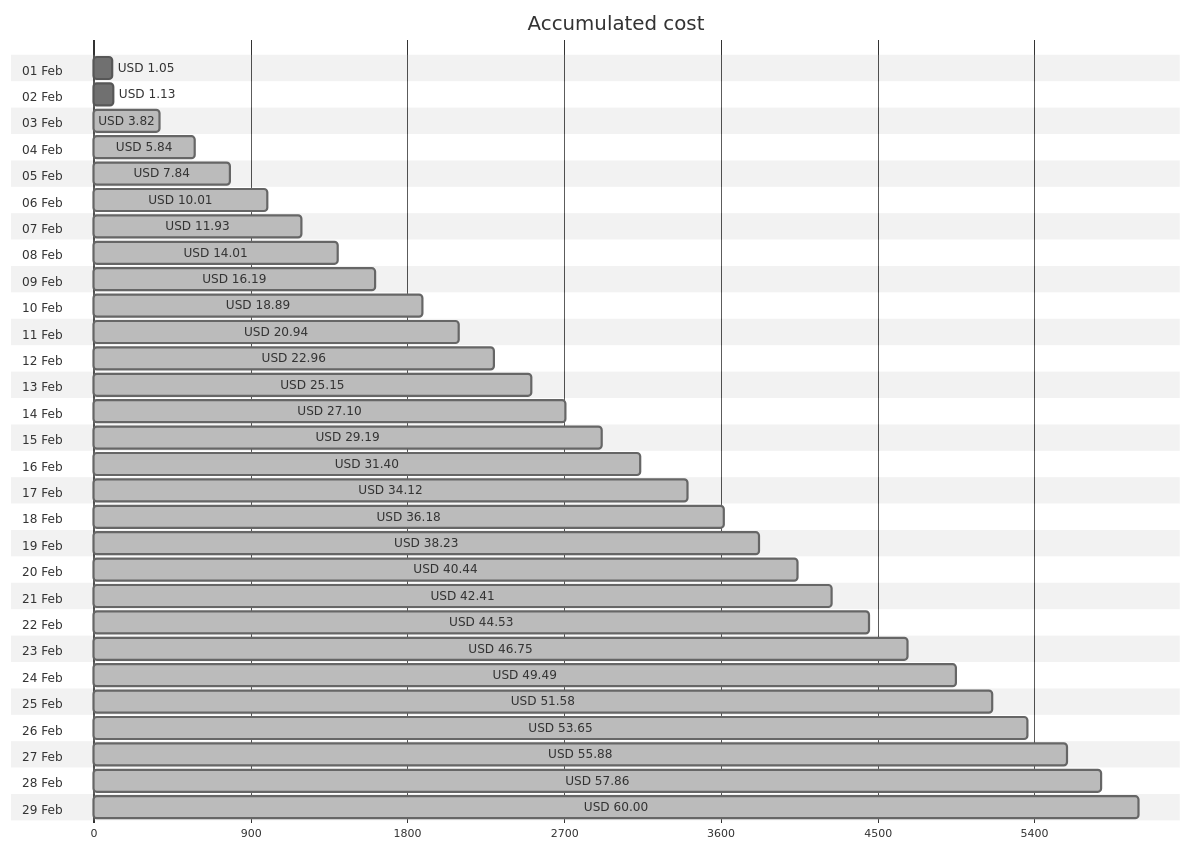
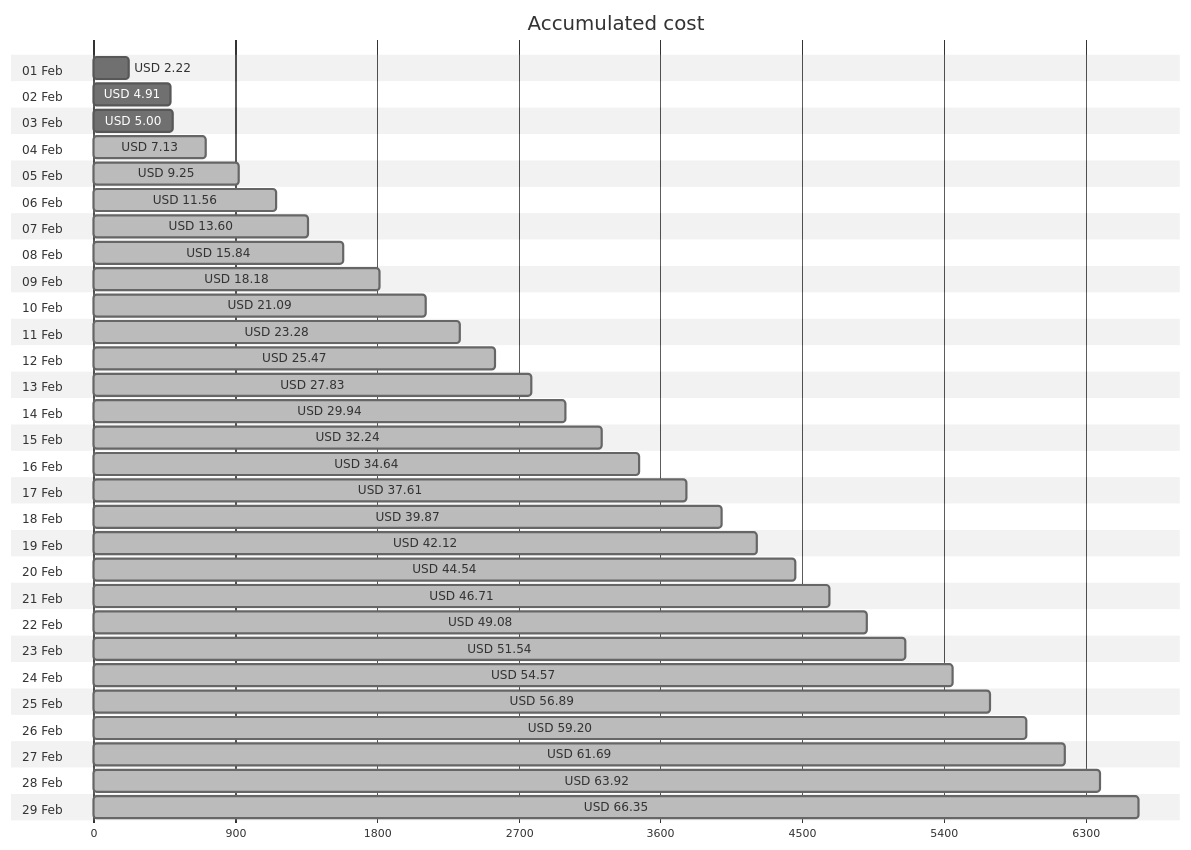
Before and after one commit to jpfulton/azure-personal-reports: the first of 4 diagrams in cost-reports/personal-network/README.md, drawn with Mermaid (neutral theme). The commit also changed other lines of this file and 8 other files, not shown here.

````diff
--- a/cost-reports/personal-network/README.md
+++ b/cost-reports/personal-network/README.md
@@ -20,64 +20,64 @@
 ```mermaid
 gantt
    title Accumulated cost
    dateFormat  X
    axisFormat %s
    section 01 Feb
-   USD 1.05 :0, 105
+   USD 2.22 :0, 222
    section 02 Feb
-   USD 1.13 :0, 113
+   USD 4.91 :0, 491
    section 03 Feb
-   USD 3.82 : done, 0, 382
+   USD 5.00 :0, 500
    section 04 Feb
-   USD 5.84 : done, 0, 584
+   USD 7.13 : done, 0, 713
    section 05 Feb
-   USD 7.84 : done, 0, 784
+   USD 9.25 : done, 0, 925
    section 06 Feb
-   USD 10.01 : done, 0, 1001
+   USD 11.56 : done, 0, 1156
    section 07 Feb
-   USD 11.93 : done, 0, 1193
+   USD 13.60 : done, 0, 1360
    section 08 Feb
-   USD 14.01 : done, 0, 1401
+   USD 15.84 : done, 0, 1584
    section 09 Feb
-   USD 16.19 : done, 0, 1619
+   USD 18.18 : done, 0, 1818
    section 10 Feb
-   USD 18.89 : done, 0, 1889
+   USD 21.09 : done, 0, 2109
    section 11 Feb
-   USD 20.94 : done, 0, 2094
+   USD 23.28 : done, 0, 2328
    section 12 Feb
-   USD 22.96 : done, 0, 2296
+   USD 25.47 : done, 0, 2547
    section 13 Feb
-   USD 25.15 : done, 0, 2515
+   USD 27.83 : done, 0, 2783
    section 14 Feb
-   USD 27.10 : done, 0, 2710
+   USD 29.94 : done, 0, 2994
    section 15 Feb
-   USD 29.19 : done, 0, 2919
+   USD 32.24 : done, 0, 3224
    section 16 Feb
-   USD 31.40 : done, 0, 3140
+   USD 34.64 : done, 0, 3464
    section 17 Feb
-   USD 34.12 : done, 0, 3412
+   USD 37.61 : done, 0, 3761
    section 18 Feb
-   USD 36.18 : done, 0, 3618
+   USD 39.87 : done, 0, 3987
    section 19 Feb
-   USD 38.23 : done, 0, 3823
+   USD 42.12 : done, 0, 4212
    section 20 Feb
-   USD 40.44 : done, 0, 4044
+   USD 44.54 : done, 0, 4454
    section 21 Feb
-   USD 42.41 : done, 0, 4241
+   USD 46.71 : done, 0, 4671
    section 22 Feb
-   USD 44.53 : done, 0, 4453
+   USD 49.08 : done, 0, 4908
    section 23 Feb
-   USD 46.75 : done, 0, 4675
+   USD 51.54 : done, 0, 5154
    section 24 Feb
-   USD 49.49 : done, 0, 4949
+   USD 54.57 : done, 0, 5457
    section 25 Feb
-   USD 51.58 : done, 0, 5158
+   USD 56.89 : done, 0, 5689
    section 26 Feb
-   USD 53.65 : done, 0, 5365
+   USD 59.20 : done, 0, 5920
    section 27 Feb
-   USD 55.88 : done, 0, 5588
+   USD 61.69 : done, 0, 6169
    section 28 Feb
-   USD 57.86 : done, 0, 5786
+   USD 63.92 : done, 0, 6392
    section 29 Feb
-   USD 60.00 : done, 0, 6000
+   USD 66.35 : done, 0, 6635
 ```
````
